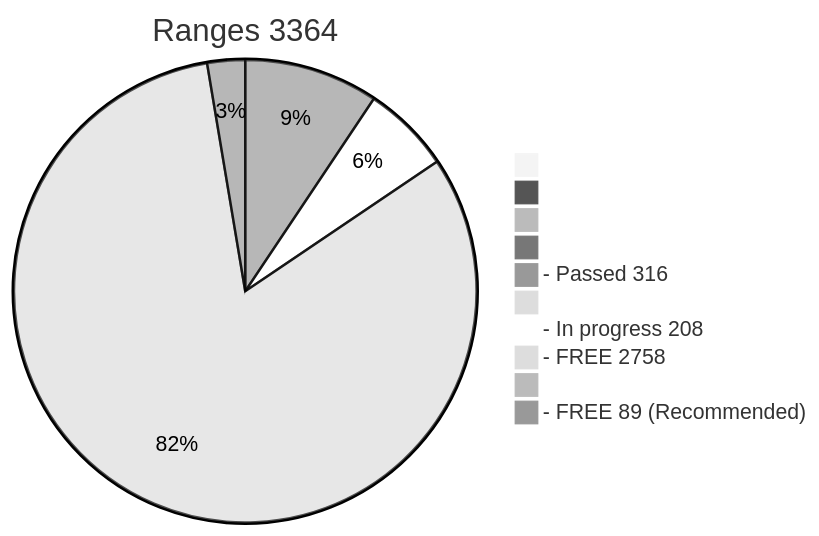
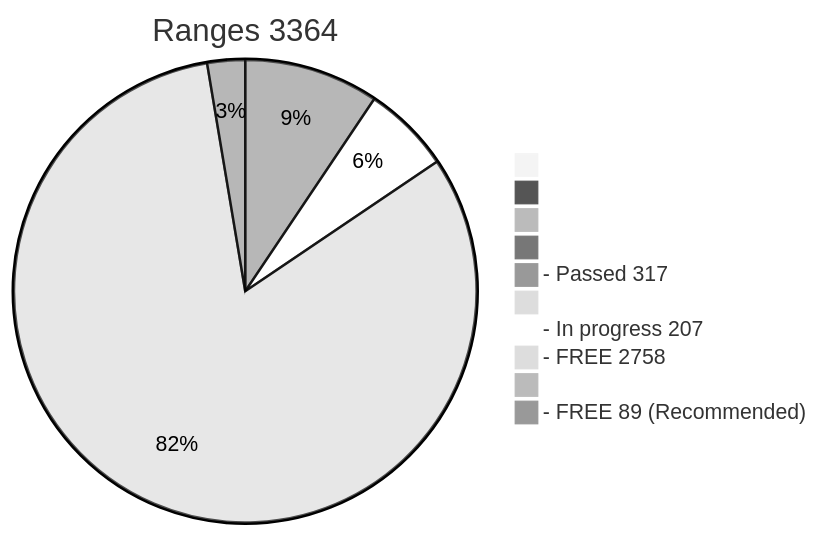
The diagram in x64/Release/table.md (phrutis/wif500), drawn with Mermaid (neutral theme) before and after one commit. The commit also changed other lines of this file, not shown here.

````diff
--- a/x64/Release/table.md
+++ b/x64/Release/table.md
@@ -2,13 +2,13 @@
 ```mermaid
 pie title Ranges 3364
   " " : 0
   "  " : 0
   "   " : 0
   "    " : 0
-  "- Passed 316" : 316
+  "- Passed 317" : 317
   "     " : 0
-  "- In progress 208" : 208
+  "- In progress 207" : 207
   "- FREE 2758" : 2758
   "      " : 0
   "- FREE 89 (Recommended)" : 89
 ```
````
